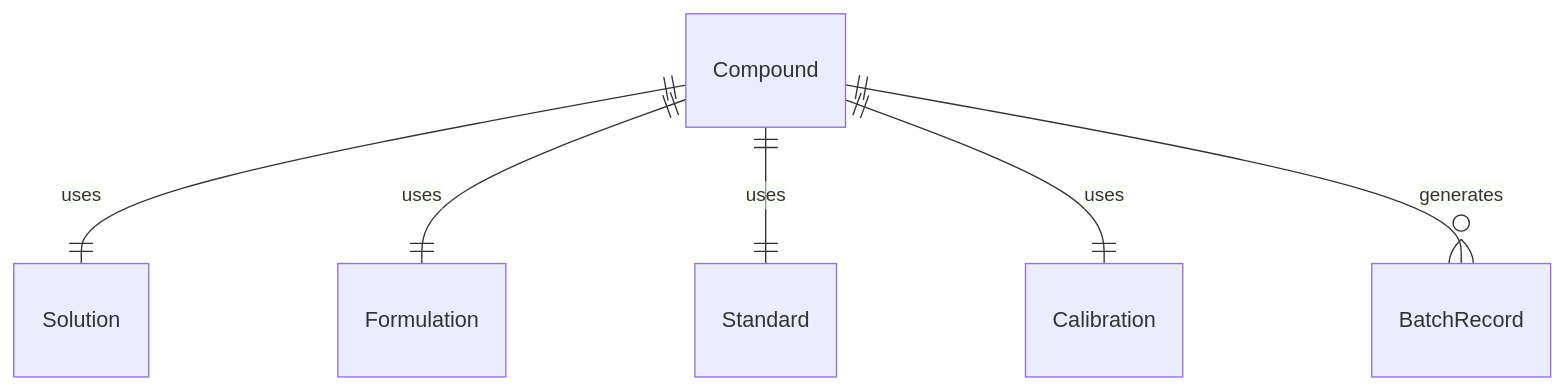
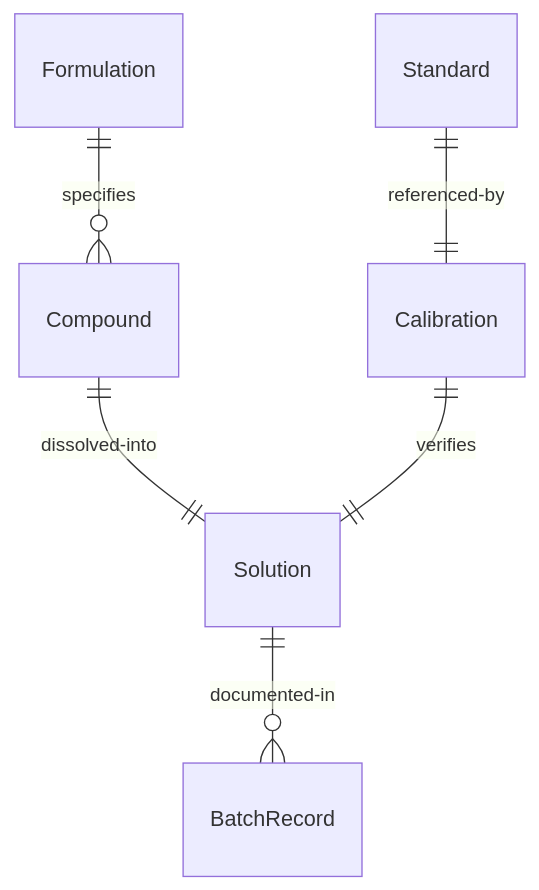
Before and after one commit to dot-org-ai/tasks.org.ai: the first of 4 diagrams in HandlingAndMovingObjects/PrepareSpecimensOrMaterialsForTesting/PrepareCompoundsSolutionsProductsTesting.mdx, drawn with Mermaid. The commit also changed other lines of this file and 515 other files, not shown here.

````diff
--- a/HandlingAndMovingObjects/PrepareSpecimensOrMaterialsForTesting/PrepareCompoundsSolutionsProductsTesting.mdx
+++ b/HandlingAndMovingObjects/PrepareSpecimensOrMaterialsForTesting/PrepareCompoundsSolutionsProductsTesting.mdx
@@ -88,8 +88,8 @@
 ```mermaid
 erDiagram
-    Compound ||--|| Solution : "uses"
-    Compound ||--|| Formulation : "uses"
-    Compound ||--|| Standard : "uses"
-    Compound ||--|| Calibration : "uses"
-    Compound ||--o{ BatchRecord : "generates"
+    Formulation ||--o{ Compound : "specifies"
+    Compound ||--|| Solution : "dissolved-into"
+    Standard ||--|| Calibration : "referenced-by"
+    Calibration ||--|| Solution : "verifies"
+    Solution ||--o{ BatchRecord : "documented-in"
 ```
````
